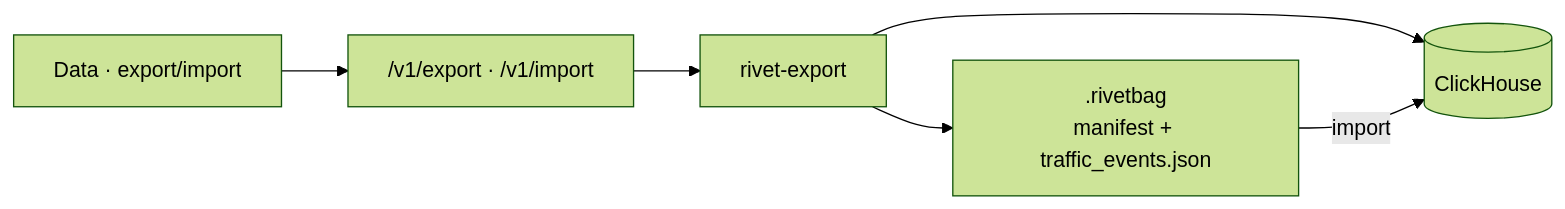
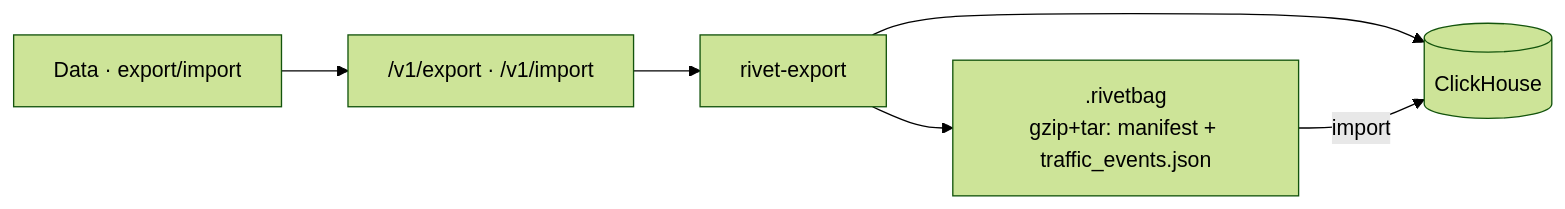
Diagram 12 of 13 in docs/architecture.md (Rivethub/ExperimentOne), drawn with Mermaid (forest theme) before and after one commit. The commit also changed other lines of this file and 28 other files, not shown here.

````diff
--- a/docs/architecture.md
+++ b/docs/architecture.md
@@ -320,8 +456,8 @@
 ```mermaid
 flowchart LR
   UI[Data · export/import] --> API["/v1/export · /v1/import"]
   API --> Exp[rivet-export]
   Exp --> CH[(ClickHouse)]
-  Exp --> Bag[".rivetbag<br/>manifest + traffic_events.json"]
+  Exp --> Bag[".rivetbag<br/>gzip+tar: manifest + traffic_events.json"]
   Bag -->|import| CH
 ```
````
